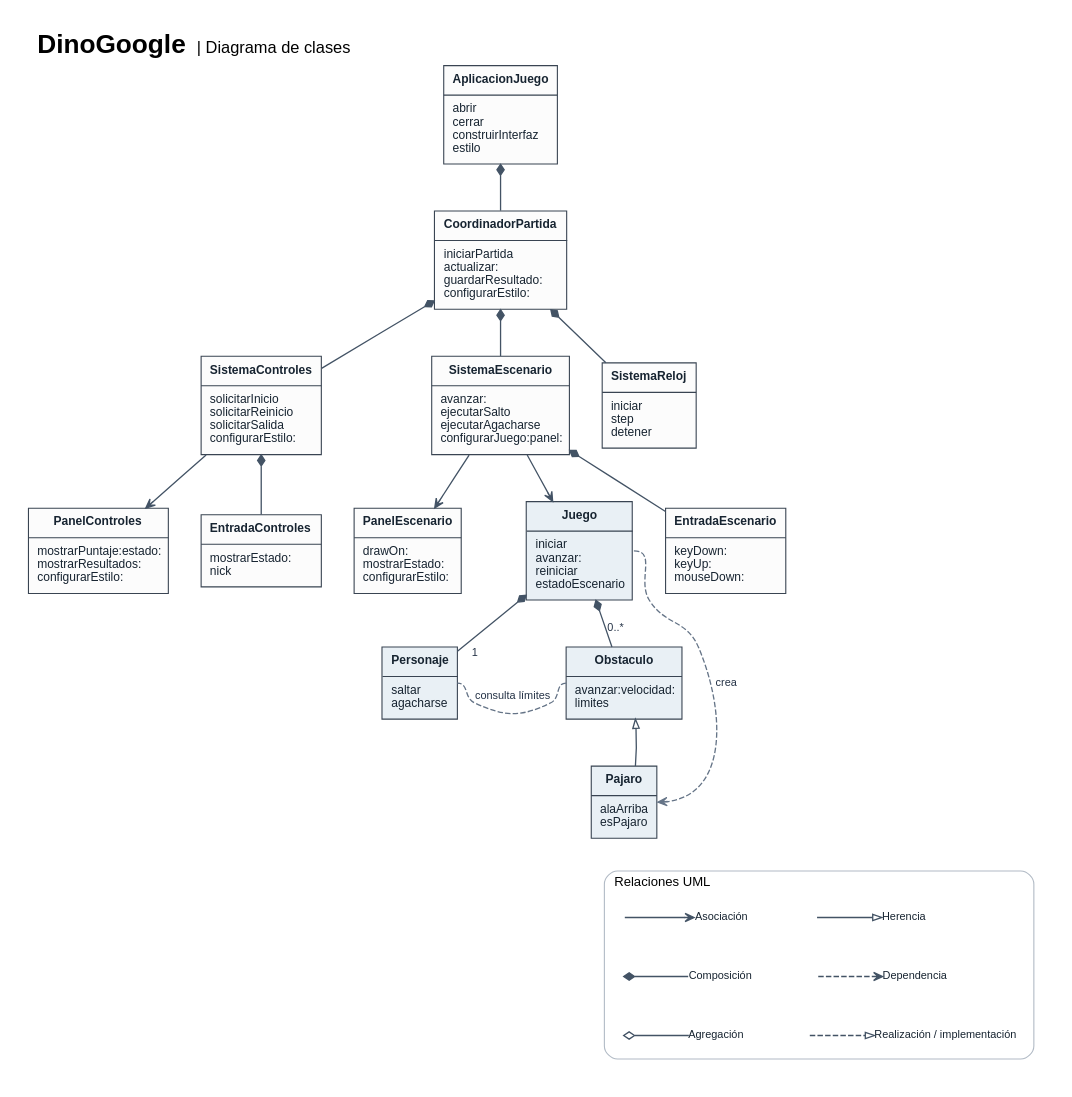
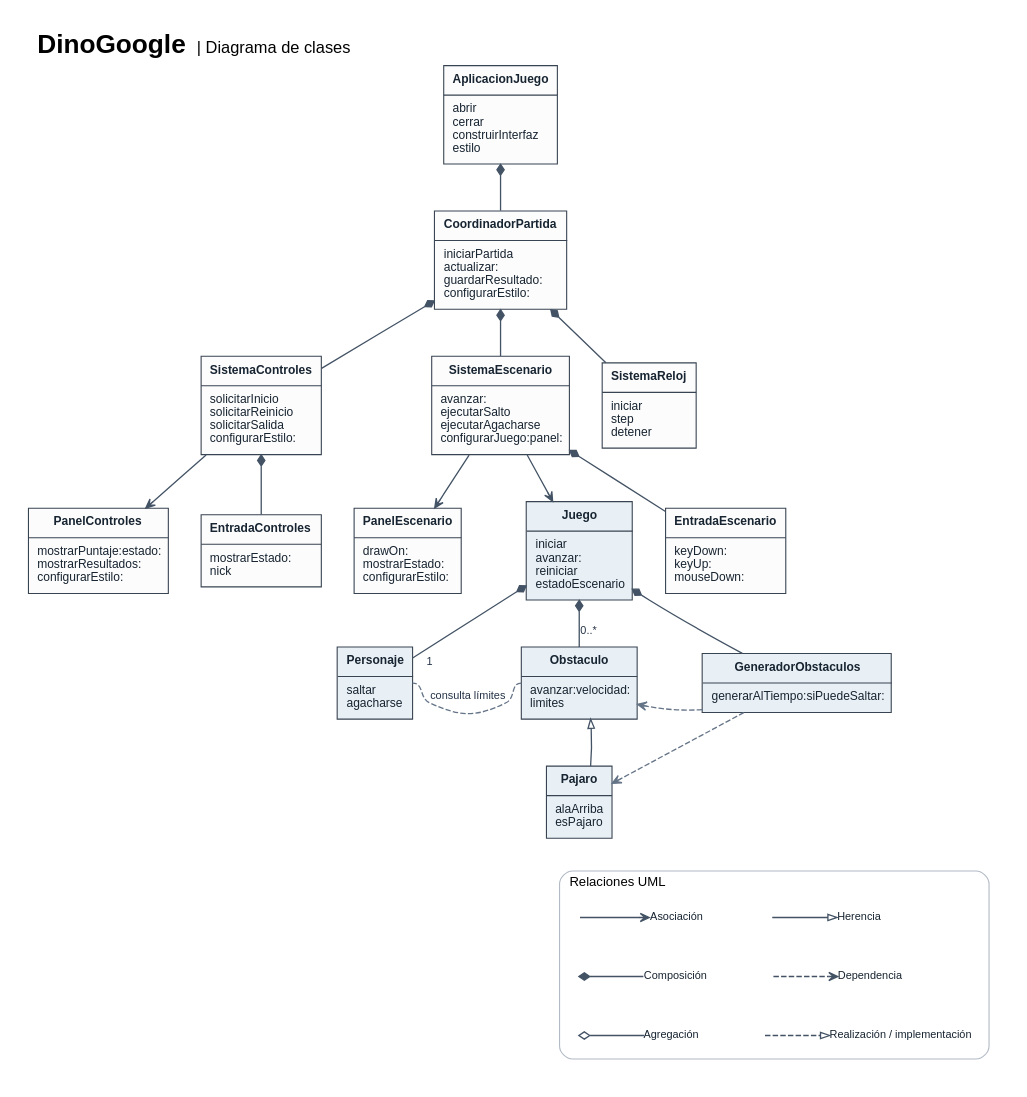
One commit to CnioritoD/DinoGoogle changed the diagram in docs/diagrama-de-clases.dot. Above: the diagram before and after it, drawn with Graphviz. The commit also changed 3 other files, not shown here.

```diff
--- a/docs/diagrama-de-clases.dot
+++ b/docs/diagrama-de-clases.dot
@@ -1,127 +1,133 @@
 digraph DinoGoogle {
   graph [rankdir=TB, bgcolor="#ffffff", pad=0.26, nodesep=0.42, ranksep=0.57,
     fontname="Arial", fontsize=24, labelloc=t, labeljust=l,
     label=<<B>DinoGoogle</B> <FONT POINT-SIZE="15">| Diagrama de clases</FONT>>];
   node [shape=plain, fontname="Arial", fontsize=11,
     color="#394452", fontcolor="#172431", penwidth=1.15, margin="0.16,0.09"];
   edge [fontname="Arial", fontsize=10, color="#435365", fontcolor="#243246",
     penwidth=1.2, arrowsize=0.83];
 
   AplicacionJuego [label=<<TABLE BORDER="1" COLOR="#394452" CELLBORDER="0" CELLSPACING="0" CELLPADDING="7" BGCOLOR="#fcfcfc">
     <TR><TD><B>AplicacionJuego</B></TD></TR>
     <HR/><TR><TD ALIGN="LEFT" BALIGN="LEFT">abrir<BR ALIGN="LEFT"/>cerrar<BR ALIGN="LEFT"/>construirInterfaz<BR ALIGN="LEFT"/>estilo</TD></TR>
   </TABLE>>];
   CoordinadorPartida [label=<<TABLE BORDER="1" COLOR="#394452" CELLBORDER="0" CELLSPACING="0" CELLPADDING="7" BGCOLOR="#fcfcfc">
     <TR><TD><B>CoordinadorPartida</B></TD></TR>
     <HR/><TR><TD ALIGN="LEFT" BALIGN="LEFT">iniciarPartida<BR ALIGN="LEFT"/>actualizar:<BR ALIGN="LEFT"/>guardarResultado:<BR ALIGN="LEFT"/>configurarEstilo:</TD></TR>
   </TABLE>>];
   SistemaControles [label=<<TABLE BORDER="1" COLOR="#394452" CELLBORDER="0" CELLSPACING="0" CELLPADDING="7" BGCOLOR="#fcfcfc">
     <TR><TD><B>SistemaControles</B></TD></TR>
     <HR/><TR><TD ALIGN="LEFT" BALIGN="LEFT">solicitarInicio<BR ALIGN="LEFT"/>solicitarReinicio<BR ALIGN="LEFT"/>solicitarSalida<BR ALIGN="LEFT"/>configurarEstilo:</TD></TR>
   </TABLE>>];
   SistemaEscenario [label=<<TABLE BORDER="1" COLOR="#394452" CELLBORDER="0" CELLSPACING="0" CELLPADDING="7" BGCOLOR="#fcfcfc">
     <TR><TD><B>SistemaEscenario</B></TD></TR>
     <HR/><TR><TD ALIGN="LEFT" BALIGN="LEFT">avanzar:<BR ALIGN="LEFT"/>ejecutarSalto<BR ALIGN="LEFT"/>ejecutarAgacharse<BR ALIGN="LEFT"/>configurarJuego:panel:</TD></TR>
   </TABLE>>];
   SistemaReloj [label=<<TABLE BORDER="1" COLOR="#394452" CELLBORDER="0" CELLSPACING="0" CELLPADDING="7" BGCOLOR="#fcfcfc">
     <TR><TD><B>SistemaReloj</B></TD></TR>
     <HR/><TR><TD ALIGN="LEFT" BALIGN="LEFT">iniciar<BR ALIGN="LEFT"/>step<BR ALIGN="LEFT"/>detener</TD></TR>
   </TABLE>>];
   EntradaControles [label=<<TABLE BORDER="1" COLOR="#394452" CELLBORDER="0" CELLSPACING="0" CELLPADDING="7" BGCOLOR="#fcfcfc">
     <TR><TD><B>EntradaControles</B></TD></TR>
     <HR/><TR><TD ALIGN="LEFT" BALIGN="LEFT">mostrarEstado:<BR ALIGN="LEFT"/>nick</TD></TR>
   </TABLE>>];
   EntradaEscenario [label=<<TABLE BORDER="1" COLOR="#394452" CELLBORDER="0" CELLSPACING="0" CELLPADDING="7" BGCOLOR="#fcfcfc">
     <TR><TD><B>EntradaEscenario</B></TD></TR>
     <HR/><TR><TD ALIGN="LEFT" BALIGN="LEFT">keyDown:<BR ALIGN="LEFT"/>keyUp:<BR ALIGN="LEFT"/>mouseDown:</TD></TR>
   </TABLE>>];
   PanelControles [label=<<TABLE BORDER="1" COLOR="#394452" CELLBORDER="0" CELLSPACING="0" CELLPADDING="7" BGCOLOR="#fcfcfc">
     <TR><TD><B>PanelControles</B></TD></TR>
     <HR/><TR><TD ALIGN="LEFT" BALIGN="LEFT">mostrarPuntaje:estado:<BR ALIGN="LEFT"/>mostrarResultados:<BR ALIGN="LEFT"/>configurarEstilo:</TD></TR>
   </TABLE>>];
   PanelEscenario [label=<<TABLE BORDER="1" COLOR="#394452" CELLBORDER="0" CELLSPACING="0" CELLPADDING="7" BGCOLOR="#fcfcfc">
     <TR><TD><B>PanelEscenario</B></TD></TR>
     <HR/><TR><TD ALIGN="LEFT" BALIGN="LEFT">drawOn:<BR ALIGN="LEFT"/>mostrarEstado:<BR ALIGN="LEFT"/>configurarEstilo:</TD></TR>
   </TABLE>>];
   Juego [label=<<TABLE BORDER="1" COLOR="#394452" CELLBORDER="0" CELLSPACING="0" CELLPADDING="7" BGCOLOR="#e9f0f5">
     <TR><TD><B>Juego</B></TD></TR>
     <HR/><TR><TD ALIGN="LEFT" BALIGN="LEFT">iniciar<BR ALIGN="LEFT"/>avanzar:<BR ALIGN="LEFT"/>reiniciar<BR ALIGN="LEFT"/>estadoEscenario</TD></TR>
   </TABLE>>];
+  GeneradorObstaculos [label=<<TABLE BORDER="1" COLOR="#394452" CELLBORDER="0" CELLSPACING="0" CELLPADDING="7" BGCOLOR="#e9f0f5">
+    <TR><TD><B>GeneradorObstaculos</B></TD></TR>
+    <HR/><TR><TD ALIGN="LEFT" BALIGN="LEFT">generarAlTiempo:siPuedeSaltar:</TD></TR>
+  </TABLE>>];
   Personaje [label=<<TABLE BORDER="1" COLOR="#394452" CELLBORDER="0" CELLSPACING="0" CELLPADDING="7" BGCOLOR="#e9f0f5">
     <TR><TD><B>Personaje</B></TD></TR>
     <HR/><TR><TD ALIGN="LEFT" BALIGN="LEFT">saltar<BR ALIGN="LEFT"/>agacharse</TD></TR>
   </TABLE>>];
   Obstaculo [label=<<TABLE BORDER="1" COLOR="#394452" CELLBORDER="0" CELLSPACING="0" CELLPADDING="7" BGCOLOR="#e9f0f5">
     <TR><TD><B>Obstaculo</B></TD></TR>
     <HR/><TR><TD ALIGN="LEFT" BALIGN="LEFT">avanzar:velocidad:<BR ALIGN="LEFT"/>limites</TD></TR>
   </TABLE>>];
   Pajaro [label=<<TABLE BORDER="1" COLOR="#394452" CELLBORDER="0" CELLSPACING="0" CELLPADDING="7" BGCOLOR="#e9f0f5">
     <TR><TD><B>Pajaro</B></TD></TR>
     <HR/><TR><TD ALIGN="LEFT" BALIGN="LEFT">alaArriba<BR ALIGN="LEFT"/>esPajaro</TD></TR>
   </TABLE>>];
 
   // El rombo relleno va del lado del objeto que contiene al componente.
   edge [dir=back, arrowtail=diamond, arrowhead=none];
   AplicacionJuego -> CoordinadorPartida;
   CoordinadorPartida -> SistemaControles;
   CoordinadorPartida -> SistemaEscenario;
   CoordinadorPartida -> SistemaReloj;
   SistemaControles -> EntradaControles;
   SistemaEscenario -> EntradaEscenario;
+  Juego -> GeneradorObstaculos;
   Juego -> Personaje [headlabel="1", labeldistance=1.6, labelangle=-46];
   Juego -> Obstaculo [headlabel="0..*", labeldistance=1.7, labelangle=-30];
 
   // La asociación muestra una referencia conservada por la clase.
   edge [dir=forward, arrowtail=none, arrowhead=vee];
   SistemaControles -> PanelControles;
   SistemaEscenario -> PanelEscenario;
   SistemaEscenario -> Juego;
 
   // La dependencia indica uso sin una referencia de instancia propia.
   edge [style=dashed, arrowhead=vee, color="#657487"];
-  Juego:e -> Pajaro:e [constraint=false, label="crea"];
+  GeneradorObstaculos -> Obstaculo [constraint=false];
+  GeneradorObstaculos -> Pajaro [constraint=false];
   Obstaculo:w -> Personaje:e [constraint=false, label="consulta límites"];
 
   // El triángulo hueco señala la superclase.
   edge [style=solid, color="#435365", arrowhead=onormal, constraint=false];
   Pajaro -> Obstaculo;
 
   {rank=same; SistemaControles; SistemaEscenario; SistemaReloj}
   {rank=same; EntradaControles; EntradaEscenario}
   {rank=same; PanelControles; PanelEscenario; Juego}
-  {rank=same; Personaje; Obstaculo}
+  {rank=same; Personaje; Obstaculo; GeneradorObstaculos}
   edge [style=invis, constraint=true, weight=10];
   PanelControles -> PanelEscenario -> Juego;
-  Personaje -> Obstaculo;
+  Personaje -> Obstaculo -> GeneradorObstaculos;
   Obstaculo -> Pajaro;
 
   subgraph cluster_leyenda {
     graph [label="Relaciones UML", fontname="Arial", fontsize=12, style=rounded, color="#b1bac5", margin=16];
     node [shape=plain, style="", fontname="Arial", fontsize=10];
     asociacion [label="Asociación"];
     herencia [label="Herencia"];
     composicion [label="Composición"];
     dependencia [label="Dependencia"];
     agregacion [label="Agregación"];
     realizacion [label="Realización / implementación"];
     node [shape=point, width=0.015, height=0.015, fixedsize=true, label="", style=invis];
     edge [style=solid, constraint=true, weight=1, arrowtail=none, arrowhead=vee];
     {rank=same; a; asociacion; h; herencia}
     {rank=same; c; composicion; d; dependencia}
     {rank=same; g; agregacion; r; realizacion}
     a -> asociacion;
     h -> herencia [arrowhead=onormal];
     c -> composicion [dir=back, arrowtail=diamond, arrowhead=none];
     d -> dependencia [style=dashed];
     g -> agregacion [dir=back, arrowtail=odiamond, arrowhead=none];
     r -> realizacion [style=dashed, arrowhead=onormal];
     asociacion -> h [style=invis];
     composicion -> d [style=invis];
     agregacion -> r [style=invis];
     a -> c -> g [style=invis, minlen=1];
     h -> d -> r [style=invis, minlen=1];
   }
   // Mantiene la leyenda debajo del diagrama.
   Pajaro -> a [style=invis];
 
 }
```
